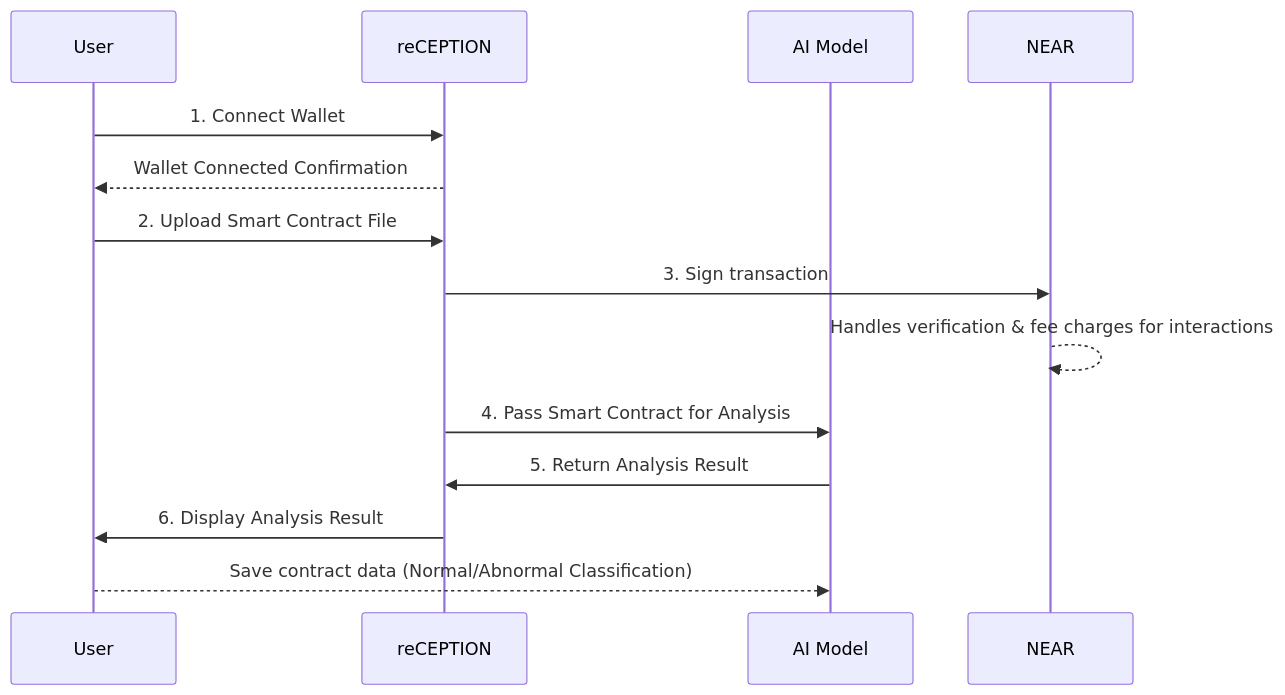
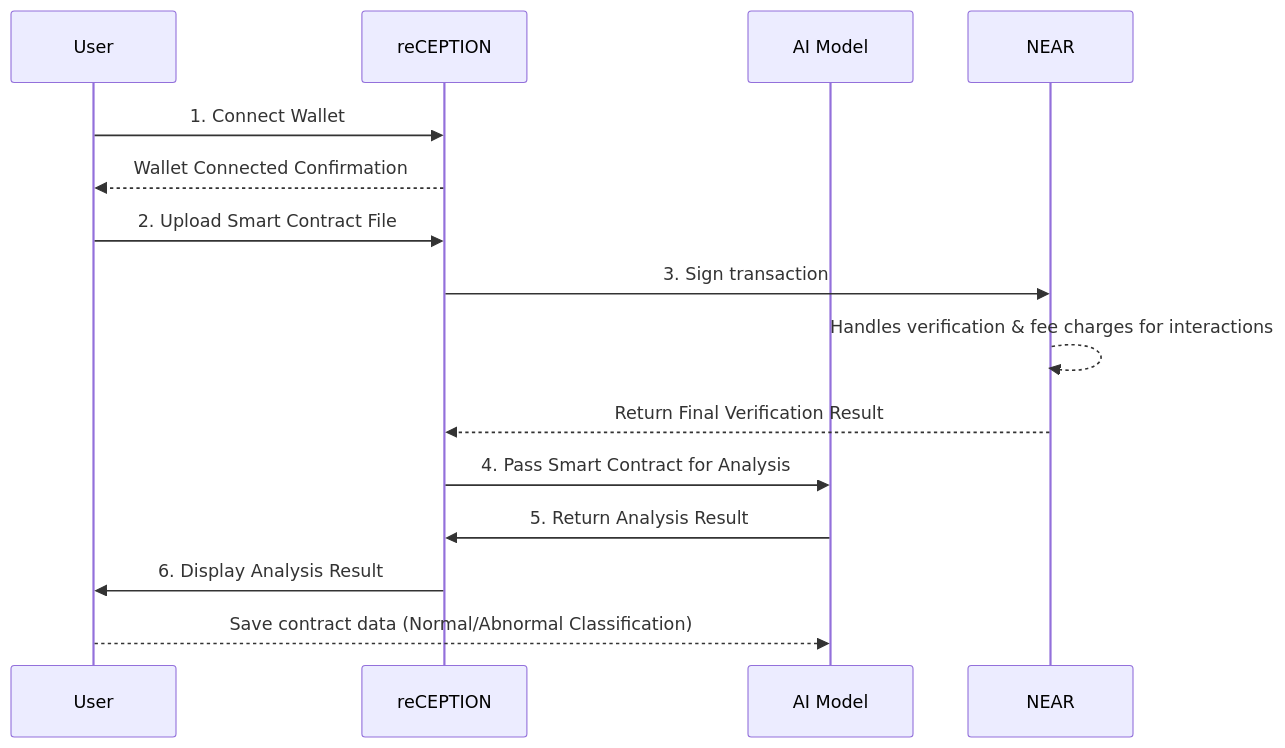
The second of 3 diagrams in README.md (Julius-Ky/reCeption), drawn with Mermaid before and after one commit.

````diff
--- a/README.md
+++ b/README.md
@@ -98,17 +98,18 @@
 ```mermaid
 sequenceDiagram
 participant User
 participant reCEPTION
 participant AI as AI Model
 participant NEAR
 
 User ->> reCEPTION: 1. Connect Wallet
 reCEPTION -->> User: Wallet Connected Confirmation
 User ->> reCEPTION: 2. Upload Smart Contract File
 reCEPTION ->> NEAR: 3. Sign transaction
 NEAR -->> NEAR: Handles verification & fee charges for interactions
+NEAR -->> reCEPTION: Return Final Verification Result
 reCEPTION ->> AI: 4. Pass Smart Contract for Analysis
 AI ->> reCEPTION: 5. Return Analysis Result
 reCEPTION ->> User: 6. Display Analysis Result
 User -->> AI: Save contract data (Normal/Abnormal Classification)
 ```
````
